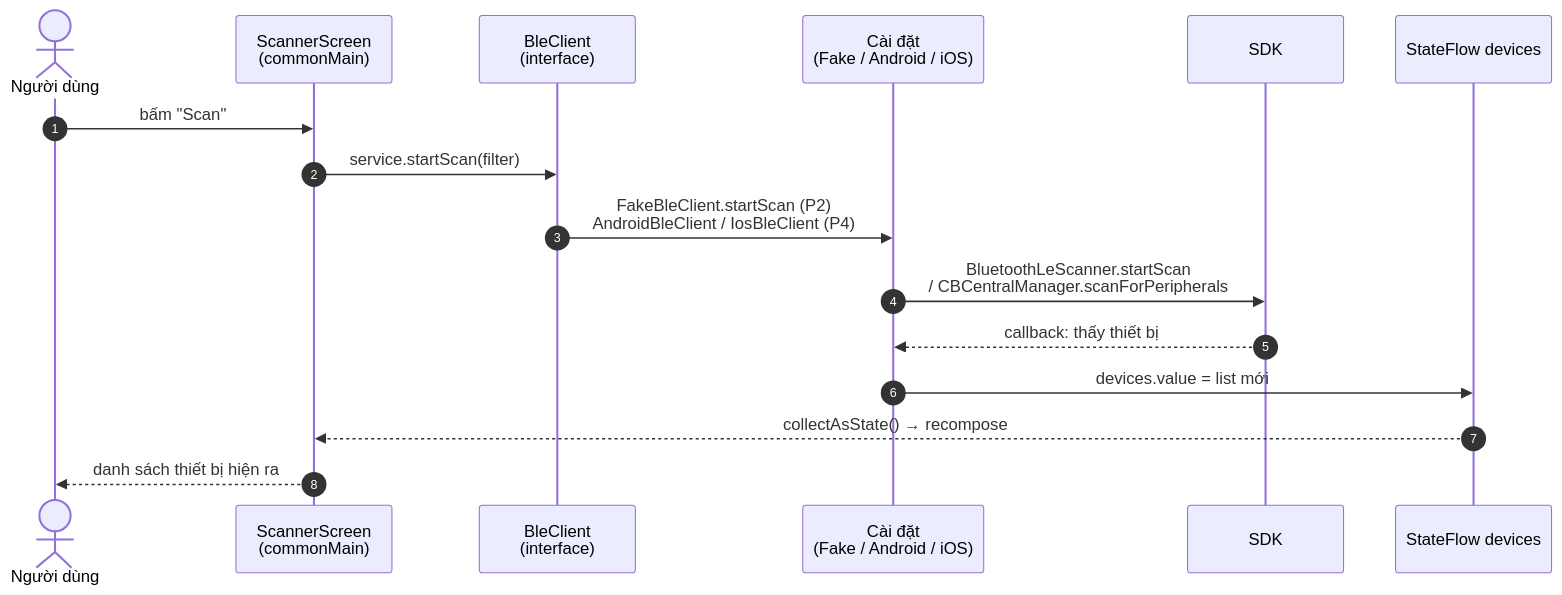
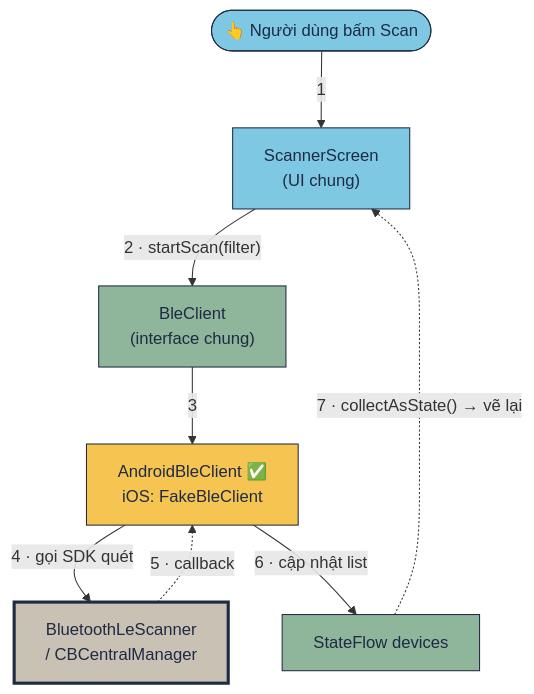
The fourth of 5 diagrams in docs/README-KMP-HOW-IT-WORKS.md (tucarmd/kotlin-multi-platform), drawn with Mermaid before and after one commit. The commit also changed other lines of this file and 18 other files, not shown here.

````diff
--- a/docs/README-KMP-HOW-IT-WORKS.md
+++ b/docs/README-KMP-HOW-IT-WORKS.md
@@ -119,19 +126,24 @@
 ```mermaid
-sequenceDiagram
-    autonumber
-    actor U as Người dùng
-    participant S as ScannerScreen<br/>(commonMain)
-    participant B as BleClient<br/>(interface)
-    participant I as Cài đặt<br/>(Fake / Android / iOS)
-    participant SDK as SDK
-    participant F as StateFlow devices
-
-    U->>S: bấm "Scan"
-    S->>B: service.startScan(filter)
-    B->>I: FakeBleClient.startScan (P2)<br/>AndroidBleClient / IosBleClient (P4)
-    I->>SDK: BluetoothLeScanner.startScan<br/>/ CBCentralManager.scanForPeripherals
-    SDK-->>I: callback: thấy thiết bị
-    I->>F: devices.value = list mới
-    F-->>S: collectAsState() → recompose
-    S-->>U: danh sách thiết bị hiện ra
+flowchart TB
+    U(["👆 Người dùng bấm Scan"])
+    S["ScannerScreen<br/>(UI chung)"]
+    B["BleClient<br/>(interface chung)"]
+    I["AndroidBleClient ✅<br/>iOS: FakeBleClient"]
+    SDK["BluetoothLeScanner<br/>/ CBCentralManager"]
+    F["StateFlow devices"]
+    U -- "1" --> S
+    S -- "2 · startScan(filter)" --> B
+    B -- "3" --> I
+    I -- "4 · gọi SDK quét" --> SDK
+    SDK -. "5 · callback" .-> I
+    I -- "6 · cập nhật list" --> F
+    F -. "7 · collectAsState() → vẽ lại" .-> S
+    classDef ui fill:#7EC8E3,stroke:#1F2A44,color:#1F2A44
+    classDef kmp fill:#8FB59A,stroke:#1F2A44,color:#1F2A44
+    classDef plat fill:#F5C451,stroke:#1F2A44,color:#1F2A44
+    classDef sdk fill:#C9C1B3,stroke:#1F2A44,color:#1F2A44,stroke-width:3px
+    class U,S ui
+    class B,F kmp
+    class I plat
+    class SDK sdk
 ```
````
